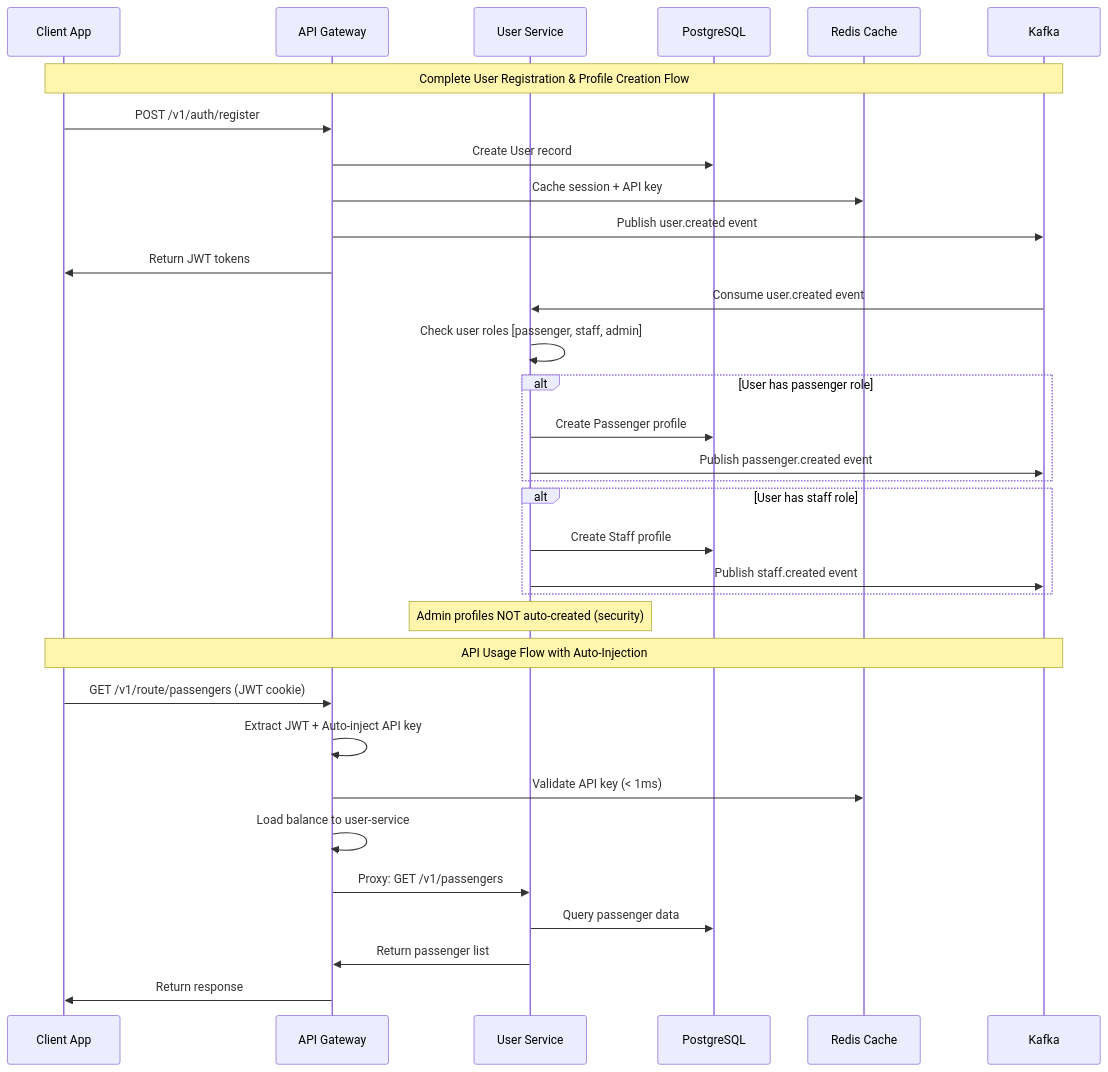
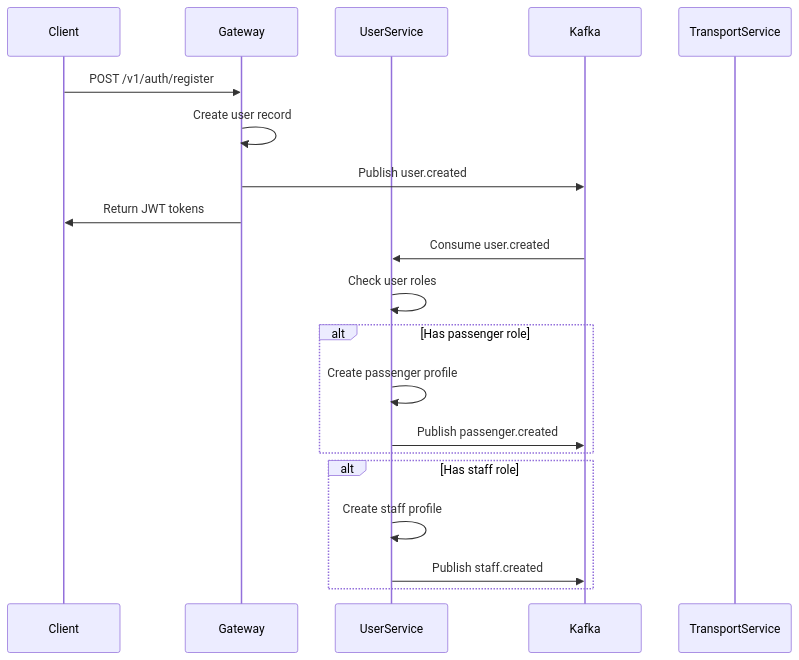
One commit to NamPhAm-Work423/Metro-backend changed the second of 2 diagrams in README.md. Above: the diagram before and after it, drawn with Mermaid. The commit also changed other lines of this file and 13 other files, not shown here.

````diff
--- a/README.md
+++ b/README.md
@@ -447,40 +279,24 @@
 ```mermaid
 sequenceDiagram
-    participant CLIENT as Client App
-    participant GATEWAY as API Gateway
-    participant USER as User Service
-    participant POSTGRES as PostgreSQL
-    participant REDIS as Redis Cache
-    participant KAFKA as Kafka
+    participant Client
+    participant Gateway
+    participant UserService
+    participant Kafka
+    participant TransportService
 
-    Note over CLIENT,KAFKA: Complete User Registration & Profile Creation Flow
+    Client->>Gateway: POST /v1/auth/register
+    Gateway->>Gateway: Create user record
+    Gateway->>Kafka: Publish user.created
+    Gateway->>Client: Return JWT tokens
 
-    CLIENT->>GATEWAY: POST /v1/auth/register
-    GATEWAY->>POSTGRES: Create User record
-    GATEWAY->>REDIS: Cache session + API key
-    GATEWAY->>KAFKA: Publish user.created event
-    GATEWAY->>CLIENT: Return JWT tokens
-
-    KAFKA->>USER: Consume user.created event
-    USER->>USER: Check user roles [passenger, staff, admin]
-    alt User has passenger role
-        USER->>POSTGRES: Create Passenger profile
-        USER->>KAFKA: Publish passenger.created event
+    Kafka->>UserService: Consume user.created
+    UserService->>UserService: Check user roles
+    alt Has passenger role
+        UserService->>UserService: Create passenger profile
+        UserService->>Kafka: Publish passenger.created
     end
-    alt User has staff role
-        USER->>POSTGRES: Create Staff profile
-        USER->>KAFKA: Publish staff.created event
+    alt Has staff role
+        UserService->>UserService: Create staff profile
+        UserService->>Kafka: Publish staff.created
     end
-    Note over USER: Admin profiles NOT auto-created (security)
-
-    Note over CLIENT,KAFKA: API Usage Flow with Auto-Injection
-
-    CLIENT->>GATEWAY: GET /v1/route/passengers (JWT cookie)
-    GATEWAY->>GATEWAY: Extract JWT + Auto-inject API key
-    GATEWAY->>REDIS: Validate API key (< 1ms)
-    GATEWAY->>GATEWAY: Load balance to user-service
-    GATEWAY->>USER: Proxy: GET /v1/passengers
-    USER->>POSTGRES: Query passenger data
-    USER->>GATEWAY: Return passenger list
-    GATEWAY->>CLIENT: Return response
 ```
````
